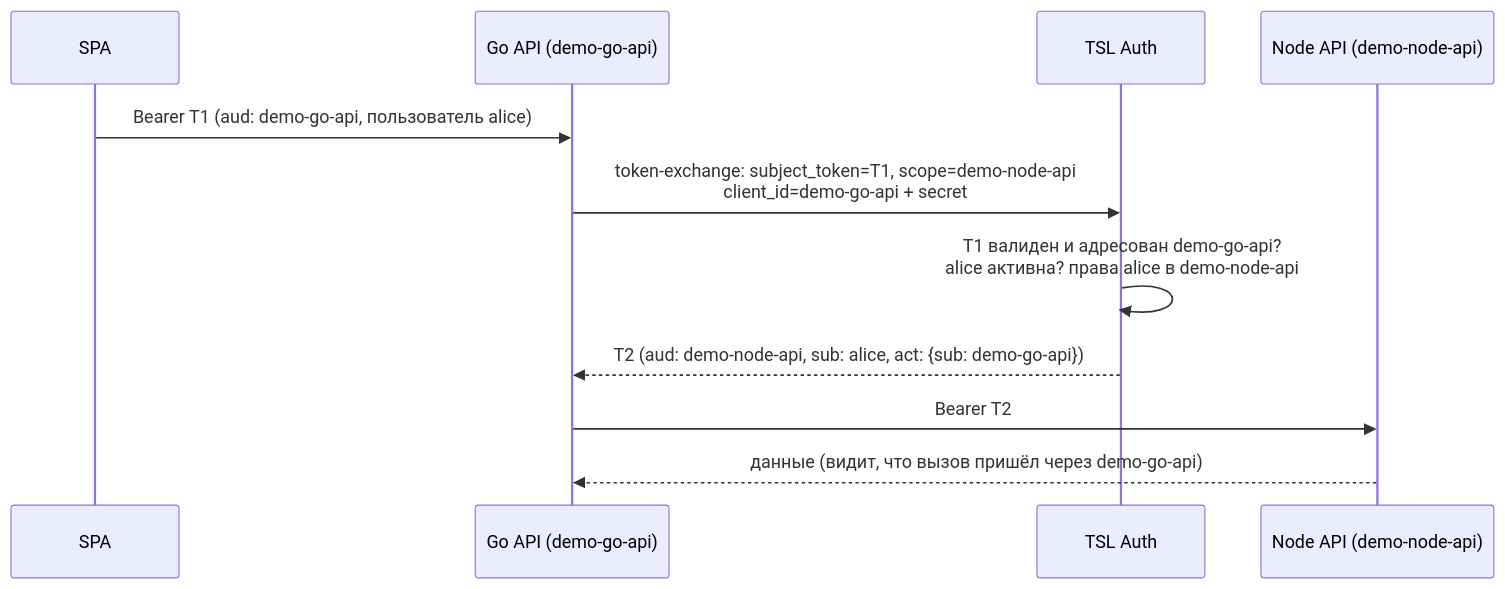
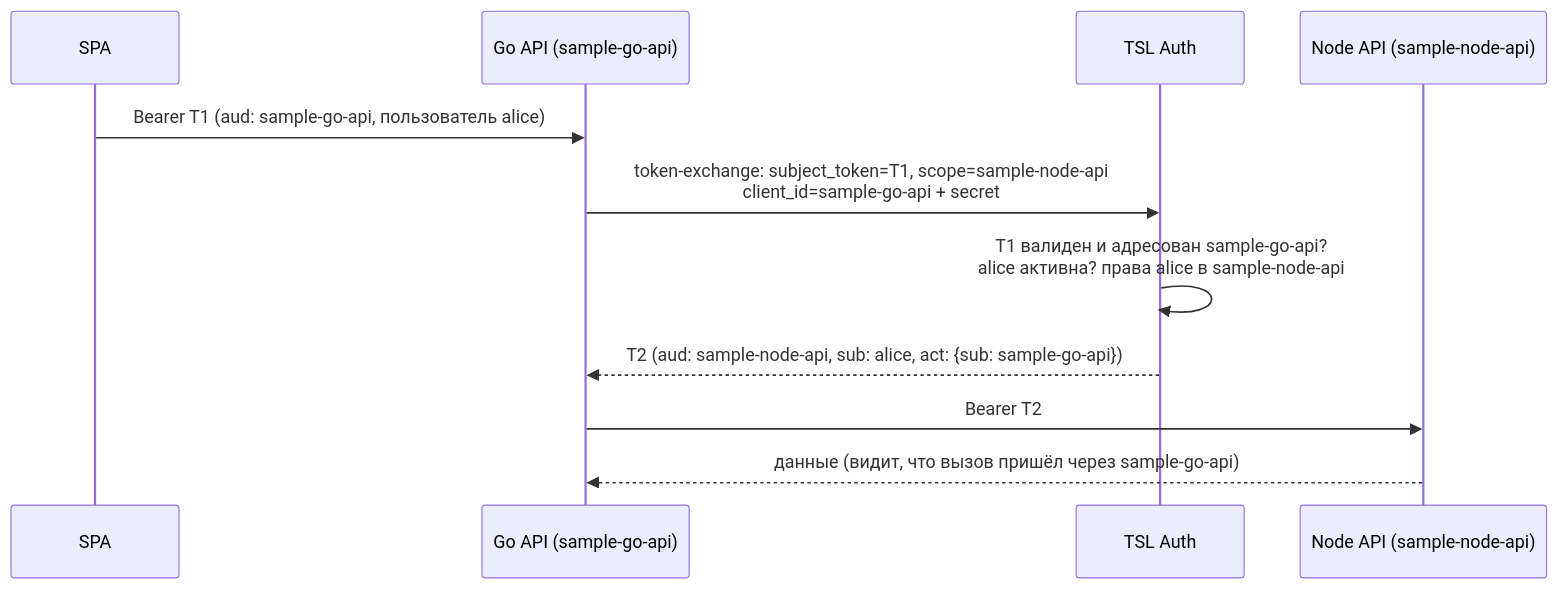
One commit to akprof2000/tsl-auth changed the third of 7 diagrams in docs/integration.md. Above: the diagram before and after it, drawn with Mermaid. The commit also changed other lines of this file and 125 other files, not shown here.

````diff
--- a/docs/integration.md
+++ b/docs/integration.md
@@ -164,13 +164,13 @@
 ```mermaid
 sequenceDiagram
     participant SPA
-    participant Go as Go API (demo-go-api)
+    participant Go as Go API (sample-go-api)
     participant Auth as TSL Auth
-    participant Node as Node API (demo-node-api)
-    SPA->>Go: Bearer T1 (aud: demo-go-api, пользователь alice)
-    Go->>Auth: token-exchange: subject_token=T1, scope=demo-node-api<br/>client_id=demo-go-api + secret
-    Auth->>Auth: T1 валиден и адресован demo-go-api?<br/>alice активна? права alice в demo-node-api
-    Auth-->>Go: T2 (aud: demo-node-api, sub: alice, act: {sub: demo-go-api})
+    participant Node as Node API (sample-node-api)
+    SPA->>Go: Bearer T1 (aud: sample-go-api, пользователь alice)
+    Go->>Auth: token-exchange: subject_token=T1, scope=sample-node-api<br/>client_id=sample-go-api + secret
+    Auth->>Auth: T1 валиден и адресован sample-go-api?<br/>alice активна? права alice в sample-node-api
+    Auth-->>Go: T2 (aud: sample-node-api, sub: alice, act: {sub: sample-go-api})
     Go->>Node: Bearer T2
-    Node-->>Go: данные (видит, что вызов пришёл через demo-go-api)
+    Node-->>Go: данные (видит, что вызов пришёл через sample-go-api)
 ```
````
